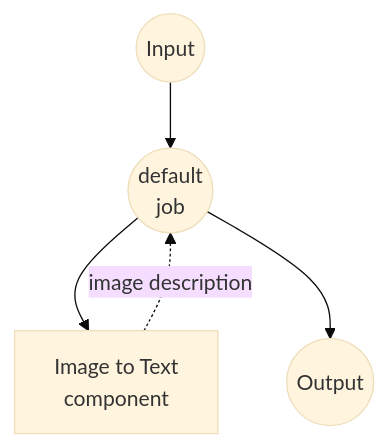
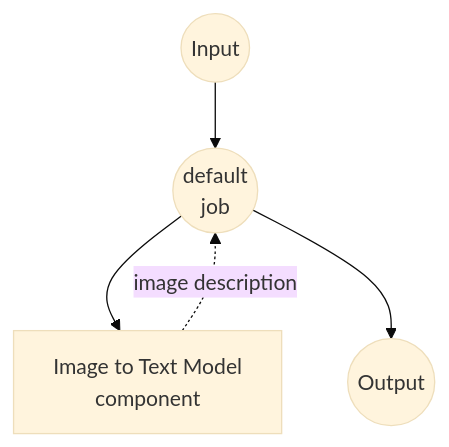
The diagram in examples/model-tasks/image-to-text/README.md (hanyeol/model-compose), drawn with Mermaid (base theme) before and after one commit. The commit also changed 21 other files, not shown here.

````diff
--- a/examples/model-tasks/image-to-text/README.md
+++ b/examples/model-tasks/image-to-text/README.md
@@ -120,16 +120,16 @@
 ```mermaid
 graph TD
     %% Default job (implicit)
     J1((default<br/>job))
 
     %% Component
-    C1[Image to Text<br/>component]
+    C1[Image to Text Model<br/>component]
 
     %% Job to component connections (solid: invokes, dotted: returns)
     J1 --> C1
     C1 -.-> |image description| J1
 
     %% Input/Output
     Input((Input)) --> J1
     J1 --> Output((Output))
 ```
````
